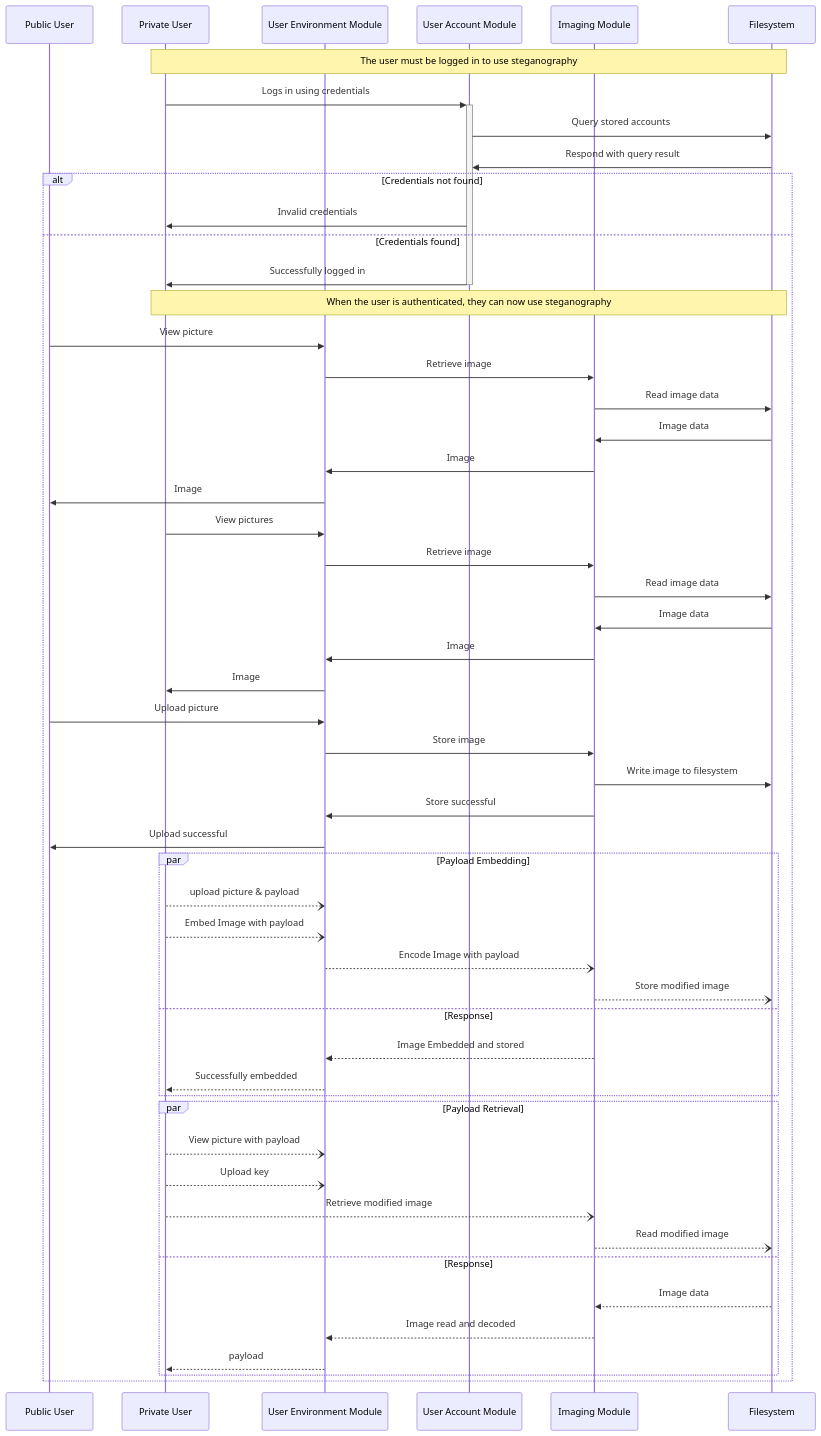
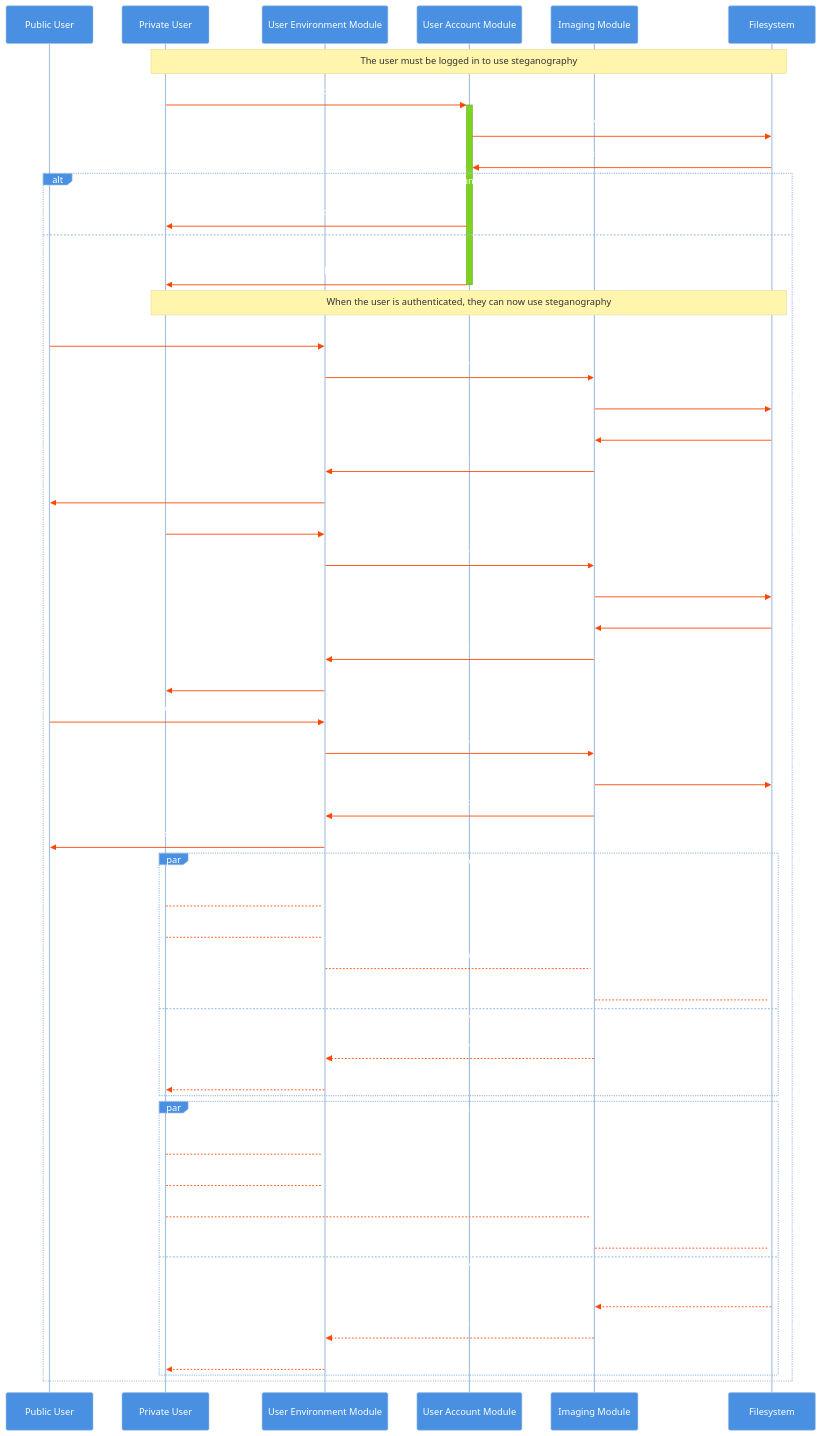
The first of 4 diagrams in documentation/design.md (csci265-team/HiddenFrame), drawn with Mermaid before and after one commit.

Commit message:
palette for state diagram

```diff
--- a/documentation/design.md
+++ b/documentation/design.md
@@ -60,77 +60,77 @@
 ~~~mermaid
 ---
 Title: Design Overview
 ---
 
 %%{
   init: {
     'theme': 'base',
     'themeVariables': {
       'primaryColor': '#4A90E2',
       'primaryTextColor': '#FFFFFF',
       'primaryBorderColor': '#A6C1E0',
-      'actorLineColor': '#F2C94C',
-      'signalColor': '#FF4500',
+      'signalColor' : '#FF4500',
+      'actorlineColor': '#F2C94C',
       'secondaryColor': '#7ED321',
       'tertiaryColor': '#F5F7FA'
     }
   }
 }%%
 
 sequenceDiagram
     participant public as Public User
     participant private as Private User
     participant main as User Environment Module
     participant account as User Account Module
     participant image as Imaging Module
     participant db as Filesystem
 
     Note over private,db: The user must be logged in to use steganography
     private->>+account: Logs in using credentials
     account->>db: Query stored accounts
     db->>account: Respond with query result
 
     alt Credentials not found
         account->>private: Invalid credentials
     else Credentials found
         account->>-private: Successfully logged in
         Note over private,db: When the user is authenticated, they can now use steganography
         public->>main: View picture
         main->>image: Retrieve image
         image->>db: Read image data
         db->>image: Image data
         image->>main: Image
         main->>public: Image
         private->>main: View pictures
         main->>image: Retrieve image
         image->>db: Read image data
         db->>image: Image data
         image->>main: Image
         main->>private: Image
         public->>main: Upload picture
         main->>image: Store image
         image->>db: Write image to filesystem
         image->>main: Store successful
         main->>public: Upload successful
         par Payload Embedding
             private--)main: upload picture & payload
             private--)main: Embed Image with payload
             main--)image: Encode Image with payload
             image--)db: Store modified image
         and Response
             image-->>main: Image Embedded and stored
             main-->>private: Successfully embedded
         end
         par Payload Retrieval
             private--)main: View picture with payload
             private--)main: Upload key
             private--)image: Retrieve modified image
             image--)db: Read modified image
         and Response
             db-->>image: Image data
             image-->>main: Image read and decoded
             main-->>private: payload
         end
     end
 
 ~~~
```
